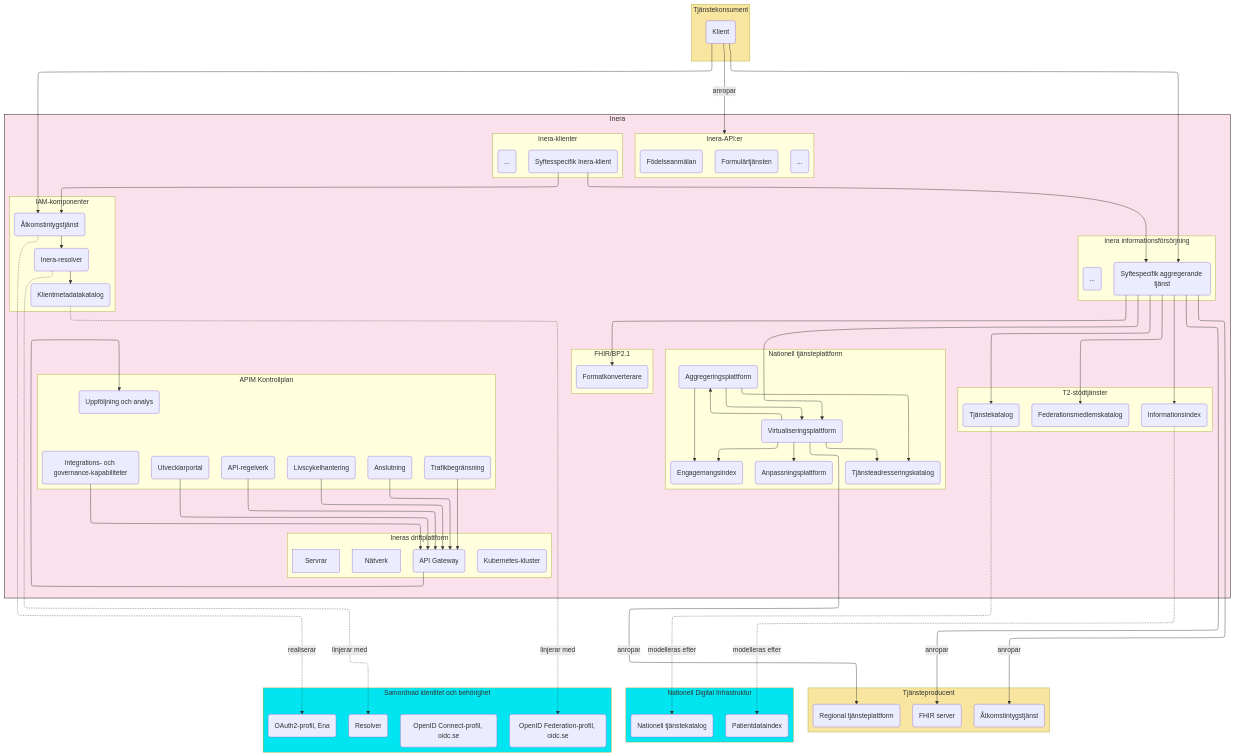
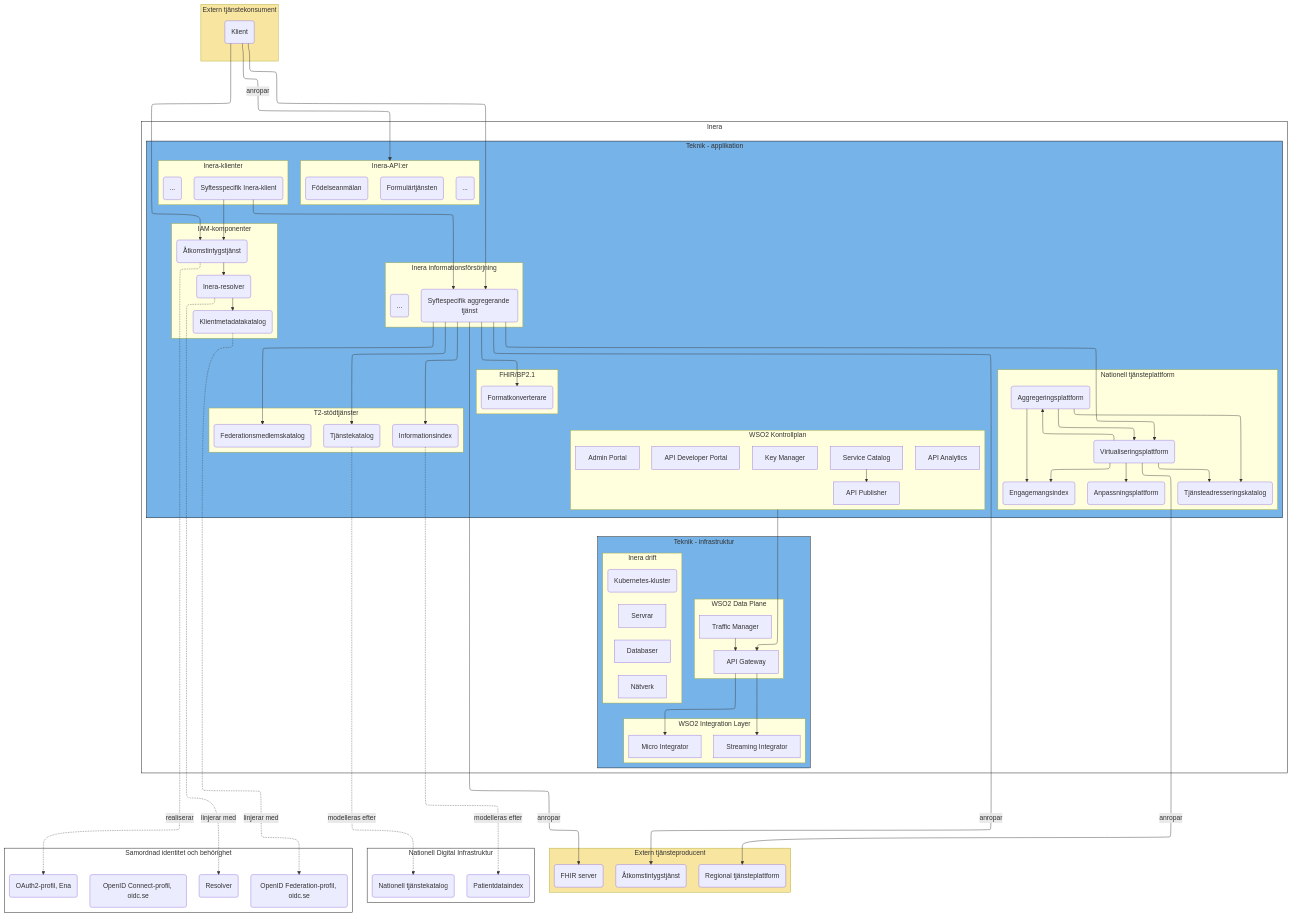
One commit to anders-malmros-inera/t2mmd changed the second of 2 diagrams in T2-krav/solution.md. Above: the diagram before and after it, drawn with Mermaid.

Commit message:
Refactor flowchart structure in solution.md for improved organization and clarity

````diff
--- a/T2-krav/solution.md
+++ b/T2-krav/solution.md
@@ -39,70 +39,92 @@
 ```mermaid
-graph 
+graph TB
 %%{init: {"flowchart": {"defaultRenderer": "elk"}} }%%
 
 subgraph inera[Inera]
-    subgraph itk[Inera-klienter]
-        npo(Syftesspecifik Inera-klient)
-        itkmm(...)
+
+    subgraph app[Teknik - applikation]
+
+        subgraph itk[Inera-klienter]
+            npo(Syftesspecifik Inera-klient)
+            itkmm(...)
+        end
+
+        subgraph siiam[IAM-komponenter]
+            sias(Åtkomstintygstjänst)
+            sikk(Klientmetadatakatalog)
+            sir(Inera-resolver)
+        end
+
+
+        subgraph siit[Inera informationsförsörjning]
+            svodc(Syftespecifik aggregerande tjänst)
+            ehdsc(...)
+        end
+
+        subgraph si1[T2-stödtjänster]
+            sitk(Tjänstekatalog)
+            siii(Informationsindex)
+            sifmk(Federationsmedlemskatalog)
+        end
+
+        subgraph si2[FHIR/BP2.1]
+            sifk(Formatkonverterare)
+        end
+
+        subgraph ntjp[Nationell tjänsteplattform]
+            vp(Virtualiseringsplattform)
+            ag(Aggregeringsplattform)
+            anp(Anpassningsplattform)
+            ei(Engagemangsindex)
+            tak(Tjänsteadresseringskatalog)
+        end
+
+        subgraph itp[Inera-API:er]
+            formular(Formulärtjänsten)
+            itpmm(...)
+            fodelse(Födelseanmälan)
+        end
+
+        subgraph cp[WSO2 Kontrollplan]
+            PUB[API Publisher]
+            DEV[API Developer Portal]
+            ADM[Admin Portal]
+            KEY[Key Manager]
+            ANA[API Analytics]
+            SC[Service Catalog]
+        end
+
     end
 
-    subgraph siiam[IAM-komponenter]
-        sias(Åtkomstintygstjänst)
-        sikk(Klientmetadatakatalog)
-        sir(Inera-resolver)
-    end
+    subgraph infra[Teknik - infrastruktur]
 
+        subgraph drift[Inera drift]
+            kubernetes(Kubernetes-kluster)
+            ~~~
+            Servrar
+            ~~~
+            Databaser
+            ~~~
+            Nätverk
+        end
+    
+        subgraph DP[WSO2 Data Plane]
+            GW[API Gateway]
+            TM[Traffic Manager]
+        end
 
-    subgraph siit[Inera informationsförsörjning]
-        svodc(Syftespecifik aggregerande tjänst)
-        ehdsc(...)
-    end
-
-    subgraph si1[T2-stödtjänster]
-        sitk(Tjänstekatalog)
-        siii(Informationsindex)
-        sifmk(Federationsmedlemskatalog)
-    end
-
-    subgraph si2[FHIR/BP2.1]
-        sifk(Formatkonverterare)
-    end
-
-    subgraph ntjp[Nationell tjänsteplattform]
-        vp(Virtualiseringsplattform)
-        ag(Aggregeringsplattform)
-        anp(Anpassningsplattform)
-        ei(Engagemangsindex)
-        tak(Tjänsteadresseringskatalog)
-    end
-
-    subgraph cp[APIM Kontrollplan]
-        direction LR
-        cp3(Uppföljning och analys) 
-        ~~~
-        cp1(Utvecklarportal) & cp2(API-regelverk) & cp4(Livscykelhantering) & cp5(Anslutning) & cp6(Trafikbegränsning) & cp7(Integrations- och governance-kapabiliteter)
-        
-    end
-
-    subgraph itp[Inera-API:er]
-        formular(Formulärtjänsten)
-        itpmm(...)
-        fodelse(Födelseanmälan)
-    end
-
-    subgraph drift[Ineras driftplattform]
-        gw(API Gateway)
-        kubernetes(Kubernetes-kluster)
-        Servrar
-        Nätverk
+        subgraph IL[WSO2 Integration Layer]
+            MI[Micro Integrator]
+            SI[Streaming Integrator]
+        end
     end
 end
 
-subgraph tk[Tjänstekonsument]
+subgraph tk[Extern tjänstekonsument]
     tkc(Klient)
 end
 
-subgraph tp[Tjänsteproducent]
+subgraph tp[Extern tjänsteproducent]
     tpas(Åtkomstintygstjänst)
     tprtp(Regional tjänsteplattform)
     tpfs(FHIR server)
@@ -120,13 +142,19 @@
     of(OpenID Federation-profil, oidc.se)
 end
 
-cp1 --> gw
-cp2 --> gw
-cp4 --> gw
-cp5 --> gw
-cp6 --> gw
-cp7 --> gw
-gw --> cp3
+
+%% Connections
+%%PUB --> GW
+%%DEV --> GW
+%%ADM --> GW
+%%KEY --> GW
+%%ANA --> GW
+SC --> PUB
+cp-->GW
+
+GW --> MI
+GW --> SI
+TM --> GW
 
 sias -. "realiserar" .-> o2
 sitk -. "modelleras efter" .-> ntk
@@ -156,17 +184,17 @@
 npo --> sias
 tkc -- "anropar" --> itp
 
-style inera fill:#fae1eb,stroke:#000000
+style inera fill:#FFFFFF,stroke:#000000
+style app fill:#76b3e8,stroke:#000000
+style infra fill:#76b3e8,stroke:#000000
 style tk fill:#F8E5A0
 style tp fill:#F8E5A0
-style ndi fill:#00E5F0
-style sib fill:#00E5F0
+style ndi fill:#FFFFFF,stroke:#000000
+style sib fill:#FFFFFF,stroke:#000000
 
 %% Formatting for elk renderer
-ei~~~kubernetes
-itk~~~kubernetes
 
 %% Formatting for dagre (standard) renderer
-gw~~~sib & ndi & tp
+inera~~~~~sib & ndi & tp
 tkc~~~npo
 ```
````
